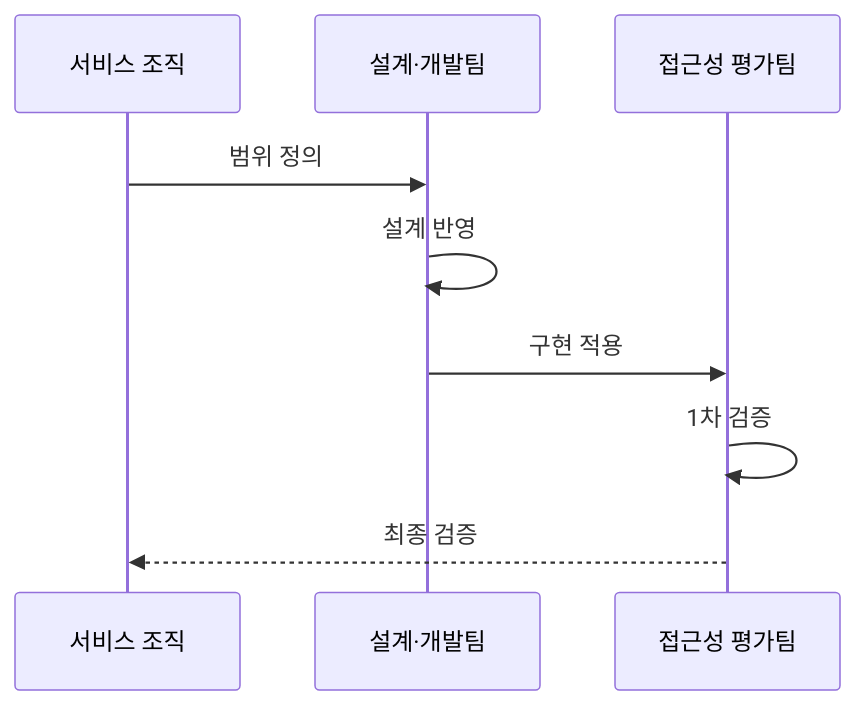
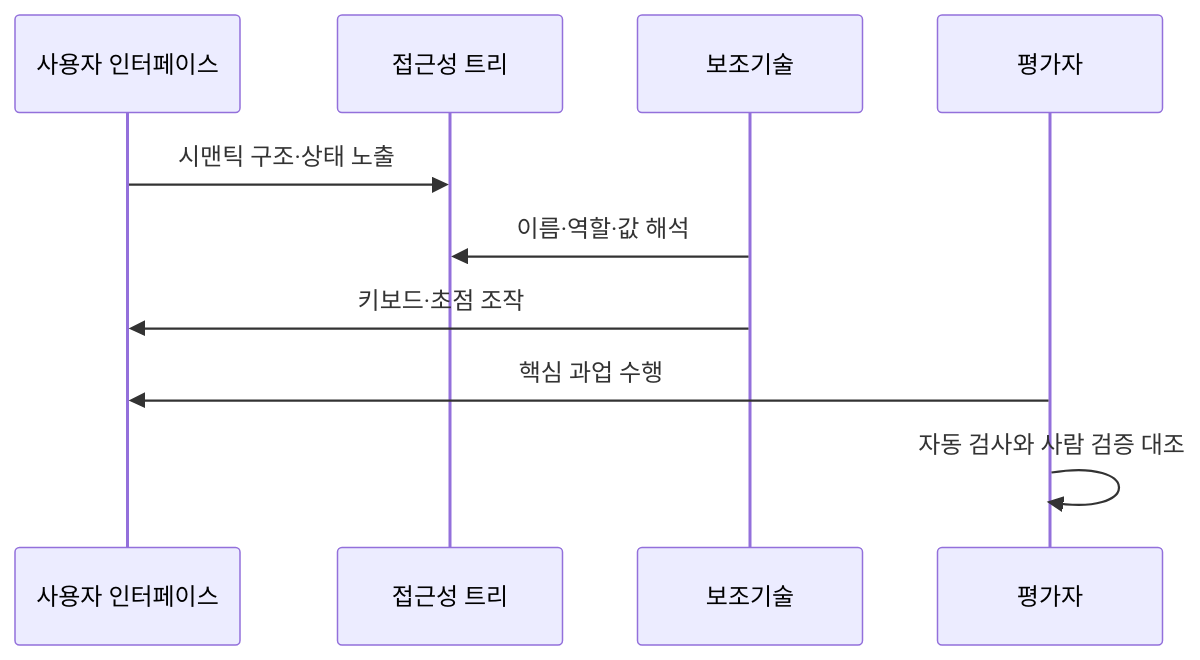
One commit to agnusdei1207/knowledge-base changed the second of 2 diagrams in src/content/docs/notes/03-software/194_digital_accessibility_wcag.md. Above: the diagram before and after it, drawn with Mermaid. The commit also changed other lines of this file and 10 other files, not shown here.

````diff
--- a/src/content/docs/notes/03-software/194_digital_accessibility_wcag.md
+++ b/src/content/docs/notes/03-software/194_digital_accessibility_wcag.md
@@ -76,11 +76,12 @@
 ```mermaid
 sequenceDiagram
-    participant O as 서비스 조직
-    participant D as 설계·개발팀
-    participant T as 접근성 평가팀
-    O->>D: 범위 정의
-    D->>D: 설계 반영
-    D->>T: 구현 적용
-    T->>T: 1차 검증
-    T-->>O: 최종 검증
+    participant U as 사용자 인터페이스
+    participant A as 접근성 트리
+    participant T as 보조기술
+    participant V as 평가자
+    U->>A: 시맨틱 구조·상태 노출
+    T->>A: 이름·역할·값 해석
+    T->>U: 키보드·초점 조작
+    V->>U: 핵심 과업 수행
+    V->>V: 자동 검사와 사람 검증 대조
 ```
````
